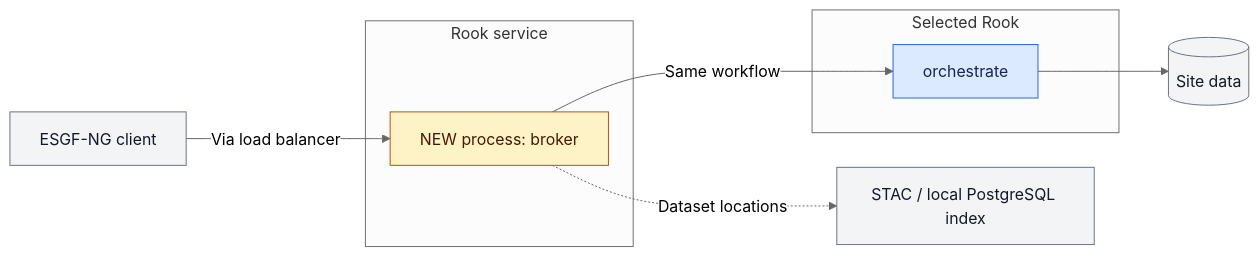
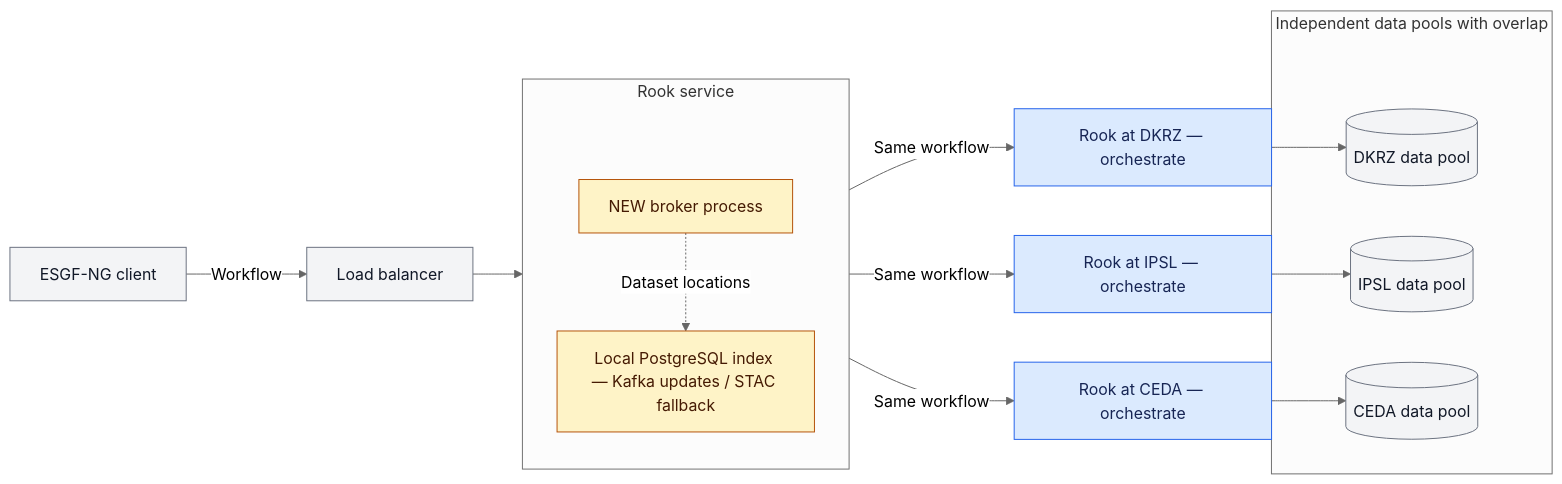
The fourth of 11 diagrams in Rook_WPS_ESGF2_talk_draft.md (roocs/rook), drawn with Mermaid (neutral theme) before and after one commit. The commit also changed other lines of this file and 1 other file, not shown here.

Commit message:
update slide 4

````diff
--- a/Rook_WPS_ESGF2_talk_draft.md
+++ b/Rook_WPS_ESGF2_talk_draft.md
@@ -145,18 +145,27 @@
 ```mermaid
+%%{init: {"flowchart": {"subGraphTitleMargin": {"top": 0, "bottom": 64}}}}%%
 flowchart LR
-    Client["ESGF-NG client"] -->|"Via load balancer"| Broker
-    subgraph Rook["Rook service"]
-        Broker["NEW process: broker"]
+    Client["ESGF-NG client"] -->|"Workflow"| LB["Load balancer"]
+    LB --> Routing
+    subgraph Routing["Rook service"]
+        direction TB
+        Broker["NEW broker process"]
+        Broker -.->|"Dataset locations"| Index["Local PostgreSQL index — Kafka updates / STAC fallback"]
     end
-    subgraph Selected["Selected Rook"]
-        Orchestrate["orchestrate"]
+    Routing -->|"Same workflow"| DKRZ["Rook at DKRZ — orchestrate"]
+    Routing -->|"Same workflow"| IPSL["Rook at IPSL — orchestrate"]
+    Routing -->|"Same workflow"| CEDA["Rook at CEDA — orchestrate"]
+    subgraph Independent["Independent data pools with overlap"]
+        DataDKRZ[("DKRZ data pool")]
+        DataIPSL[("IPSL data pool")]
+        DataCEDA[("CEDA data pool")]
     end
-    Broker -->|"Same workflow"| Orchestrate
-    Orchestrate --> Data[("Site data")]
-    Broker -.->|"Dataset locations"| Lookup["STAC / local PostgreSQL index"]
+    DKRZ --> DataDKRZ
+    IPSL --> DataIPSL
+    CEDA --> DataCEDA
     classDef default fill:#f3f4f6,stroke:#6b7280,color:#111827
     classDef rook fill:#dbeafe,stroke:#2563eb,color:#172554
     classDef new fill:#fef3c7,stroke:#b45309,color:#451a03
-    class Orchestrate rook
-    class Broker new
+    class DKRZ,IPSL,CEDA rook
+    class Broker,Index new
 ```
````
